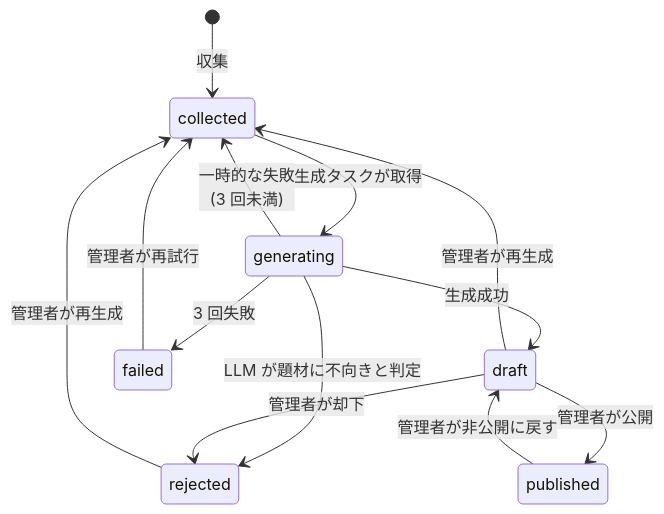
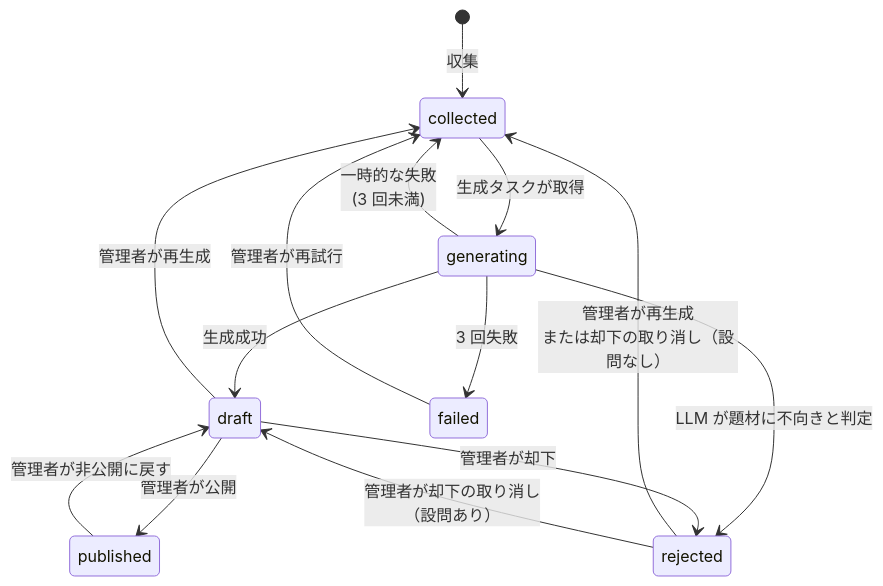
Before and after one commit to kentakki416/tech-english: the first of 3 diagrams in docs/spec/question-generation/README.md, drawn with Mermaid. The commit also changed other lines of this file and 35 other files, not shown here.

````diff
--- a/docs/spec/question-generation/README.md
+++ b/docs/spec/question-generation/README.md
@@ -140,15 +140,16 @@
 ```mermaid
 stateDiagram-v2
     [*] --> collected: 収集
     collected --> generating: 生成タスクが取得
     generating --> draft: 生成成功
     generating --> collected: 一時的な失敗<br/>(3 回未満)
     generating --> failed: 3 回失敗
     generating --> rejected: LLM が題材に不向きと判定
     draft --> published: 管理者が公開
     draft --> rejected: 管理者が却下
     draft --> collected: 管理者が再生成
     published --> draft: 管理者が非公開に戻す
     failed --> collected: 管理者が再試行
-    rejected --> collected: 管理者が再生成
+    rejected --> collected: 管理者が再生成<br/>または却下の取り消し（設問なし）
+    rejected --> draft: 管理者が却下の取り消し<br/>（設問あり）
 ```
````
